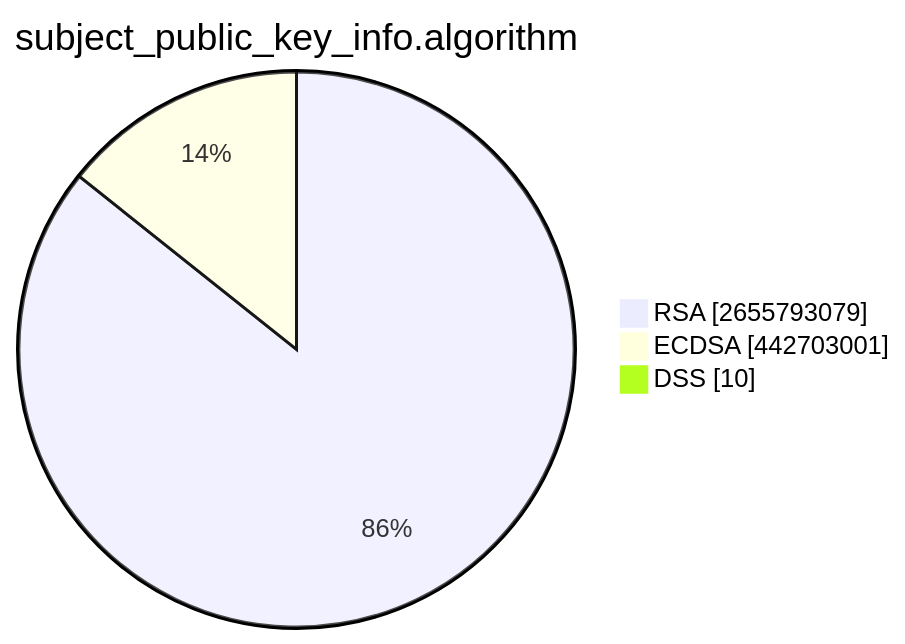
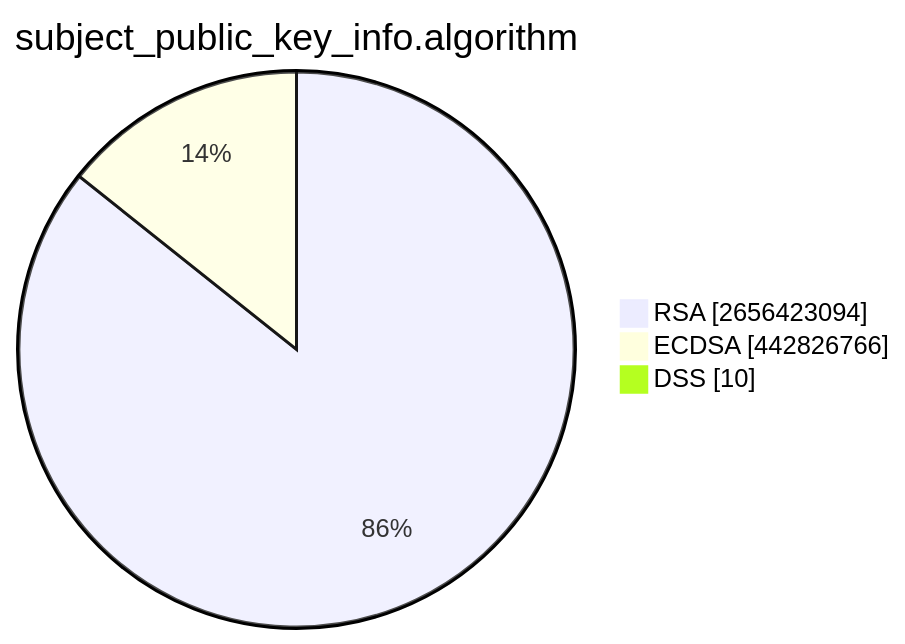
Before and after one commit to christiankrug/ctmonitor_visualization: the second of 15 diagrams in TOTAL/README.md, drawn with Mermaid. The commit also changed other lines of this file, not shown here.

````diff
--- a/TOTAL/README.md
+++ b/TOTAL/README.md
@@ -6,7 +6,7 @@
 ```mermaid
 pie showData
 title subject_public_key_info.algorithm
-"RSA" :2655793079
-"ECDSA" :442703001
+"RSA" :2656423094
+"ECDSA" :442826766
 "DSS" :10
 ```
````
